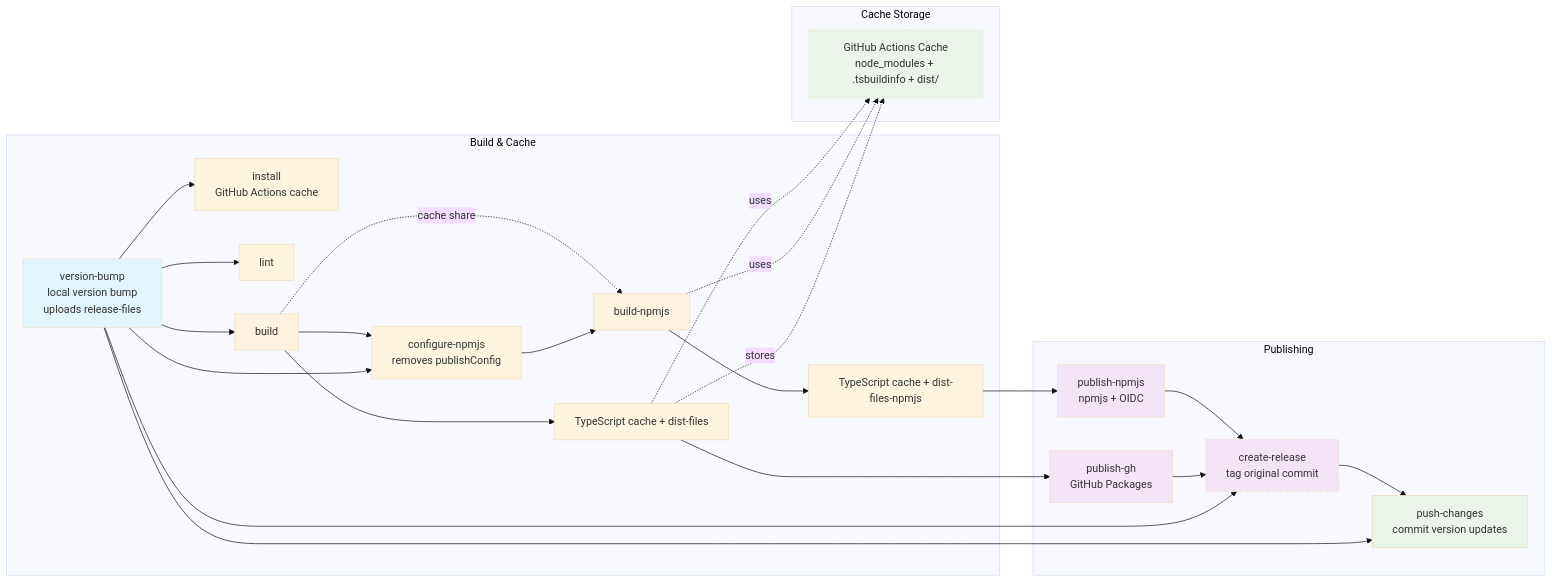
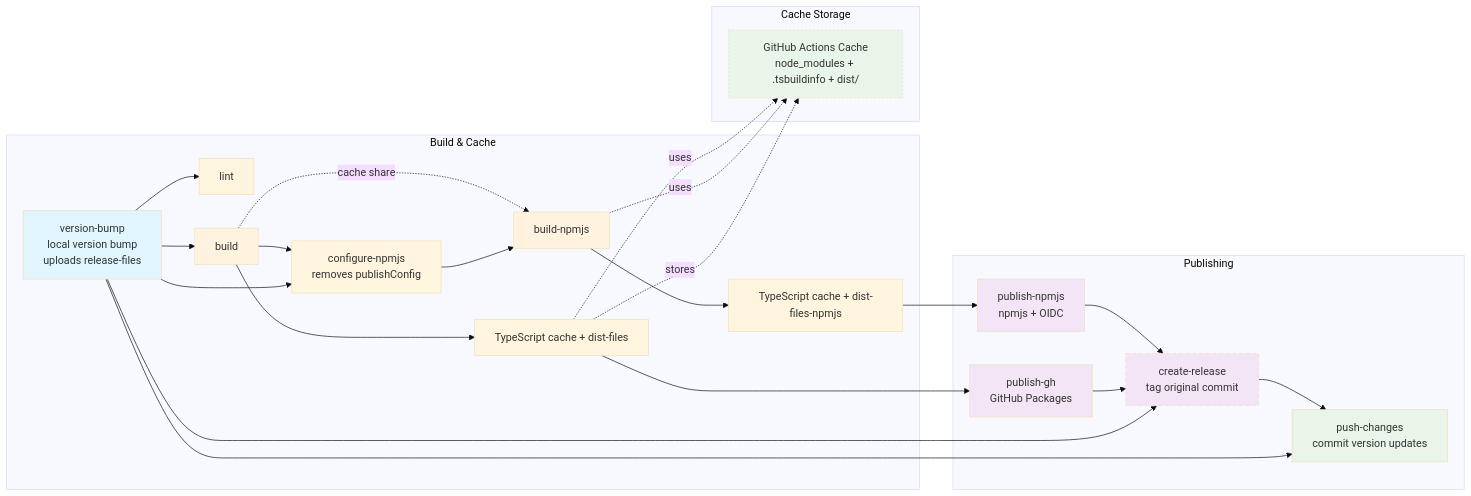
Before and after one commit to architect-eng/sapatos: the second of 2 diagrams in .github/REAMDE.md, drawn with Mermaid (base theme). The commit also changed other lines of this file and 1 other file, not shown here.

First line of the commit message:
fix(ci): add lint gating for publishing and remove unused install job

````diff
--- a/.github/REAMDE.md
+++ b/.github/REAMDE.md
@@ -46,40 +46,39 @@
 ```mermaid
 graph LR
     subgraph "Build & Cache"
         A1[version-bump<br/>local version bump<br/>uploads release-files]
-        A1 --> B1[install<br/>GitHub Actions cache]
         A1 --> C1[lint]
         A1 --> D1[build] --> E1[TypeScript cache + dist-files]
         F1[configure-npmjs<br/>removes publishConfig]
         A1 --> F1
         D1 --> F1
         F1 --> G1[build-npmjs] --> H1[TypeScript cache + dist-files-npmjs]
         D1 -.->|cache share| G1
     end
 
     subgraph "Publishing"
         E1 --> I1[publish-gh<br/>GitHub Packages]
         H1 --> J1[publish-npmjs<br/>npmjs + OIDC]
         A1 --> K1[create-release<br/>tag original commit]
         I1 --> K1
         J1 --> K1
         A1 --> L1[push-changes<br/>commit version updates]
         K1 --> L1
     end
 
     subgraph "Cache Storage"
         M1[GitHub Actions Cache<br/>node_modules + .tsbuildinfo + dist/]
         E1 -.->|stores| M1
         G1 -.->|uses| M1
         E1 -.->|uses| M1
     end
 
     style A1 fill:#e1f5fe
     style D1 fill:#fff3e0
     style G1 fill:#fff3e0
     style K1 fill:#f3e5f5,stroke-dasharray: 5 5
     style L1 fill:#e8f5e8
     style M1 fill:#e8f5e8,stroke-dasharray: 3 3
     style I1 fill:#f3e5f5
     style J1 fill:#f3e5f5
 ```
````
